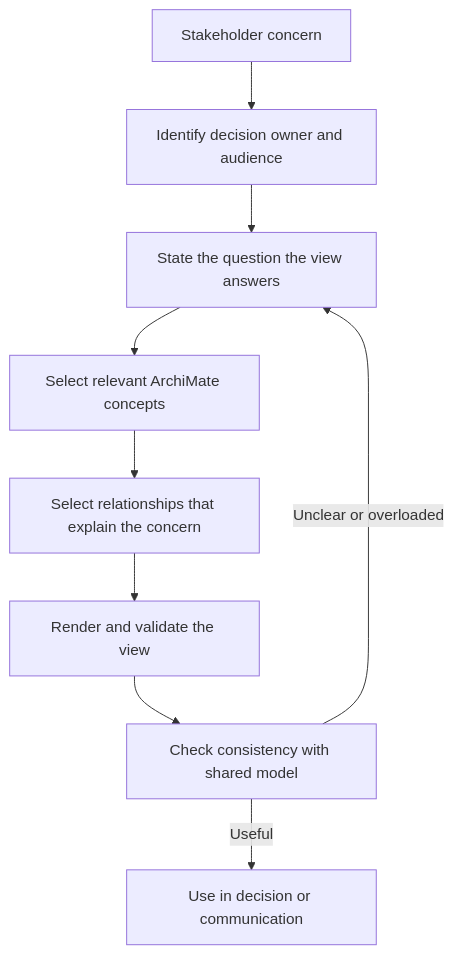
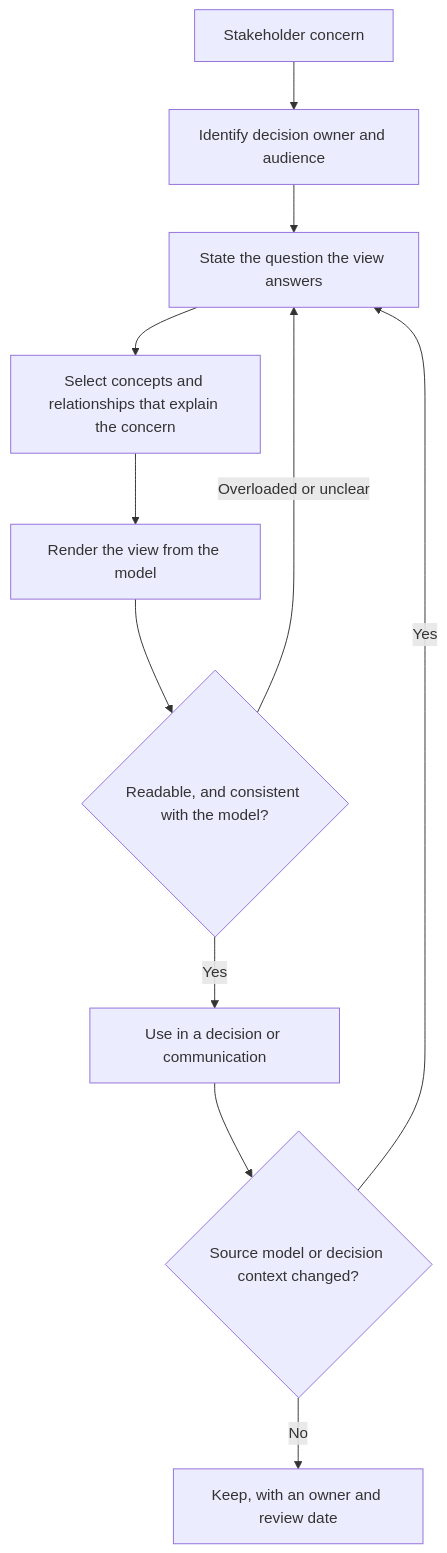
One commit to joydasss/Architect changed the ninth of 11 diagrams in 18_Enterprise_Architecture/CH03_ArchiMate.md. Above: the diagram before and after it, drawn with Mermaid. The commit also changed other lines of this file and 22 other files, not shown here.

Commit message:
Architecture changes

````diff
--- a/18_Enterprise_Architecture/CH03_ArchiMate.md
+++ b/18_Enterprise_Architecture/CH03_ArchiMate.md
@@ -107,11 +354,13 @@
 ```mermaid
 flowchart TD
-    Concern[Stakeholder concern] --> Audience[Identify decision owner and audience]
-    Audience --> Question[State the question the view answers]
-    Question --> Concepts[Select relevant ArchiMate concepts]
-    Concepts --> Relationships[Select relationships that explain the concern]
-    Relationships --> View[Render and validate the view]
-    View --> Review[Check consistency with shared model]
-    Review -->|Unclear or overloaded| Question
-    Review -->|Useful| Decision[Use in decision or communication]
+    Concern["Stakeholder concern"] --> Owner["Identify decision owner and audience"]
+    Owner --> Question["State the question the view answers"]
+    Question --> Concepts["Select concepts and relationships that explain the concern"]
+    Concepts --> Render["Render the view from the model"]
+    Render --> Check{"Readable, and consistent with the model?"}
+    Check -->|"Overloaded or unclear"| Question
+    Check -->|"Yes"| Use["Use in a decision or communication"]
+    Use --> Retire{"Source model or decision context changed?"}
+    Retire -->|"Yes"| Question
+    Retire -->|"No"| Keep["Keep, with an owner and review date"]
 ```
````
